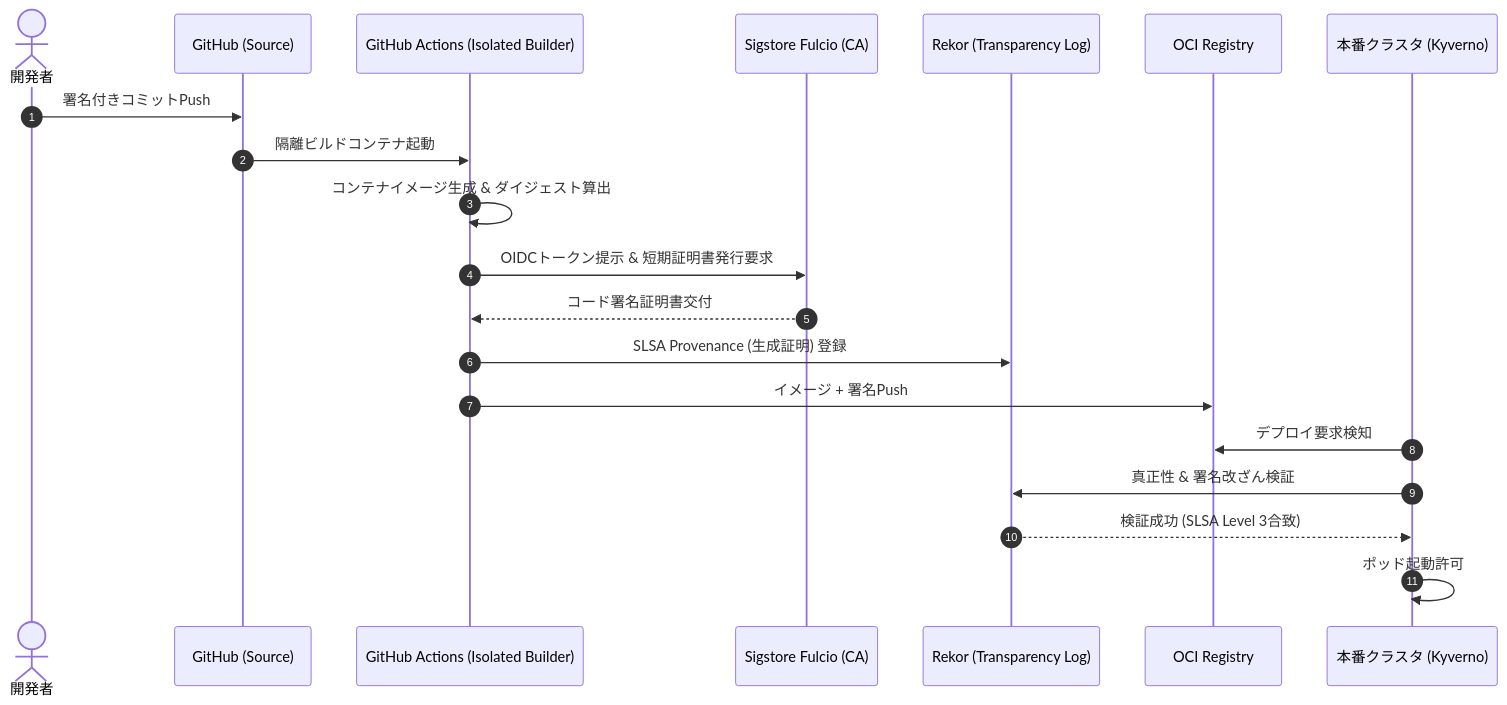
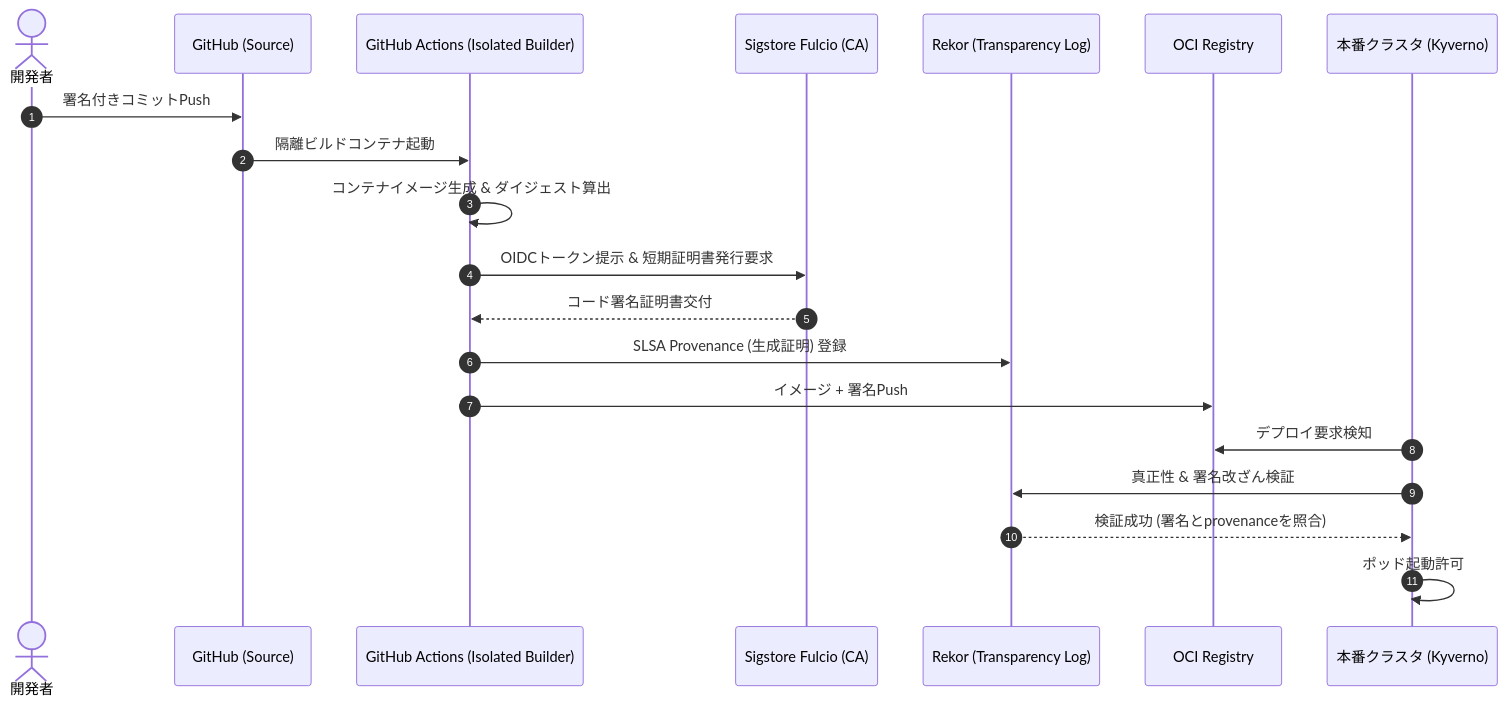
One commit to AnaharaYasuo/product-quality-management-book changed the second of 2 diagrams in manuscript/16_chapter16.md. Above: the diagram before and after it, drawn with Mermaid. The commit also changed other lines of this file and 25 other files, not shown here.

````diff
--- a/manuscript/16_chapter16.md
+++ b/manuscript/16_chapter16.md
@@ -80,23 +80,23 @@
 ```mermaid
 sequenceDiagram
     autonumber
     actor Dev as 開発者
     participant Git as GitHub (Source)
     participant CI as GitHub Actions (Isolated Builder)
     participant Fulcio as Sigstore Fulcio (CA)
     participant Rekor as Rekor (Transparency Log)
     participant Reg as OCI Registry
     participant K8s as 本番クラスタ (Kyverno)
 
     Dev->>Git: 署名付きコミットPush
     Git->>CI: 隔離ビルドコンテナ起動
     CI->>CI: コンテナイメージ生成 & ダイジェスト算出
     CI->>Fulcio: OIDCトークン提示 & 短期証明書発行要求
     Fulcio-->>CI: コード署名証明書交付
     CI->>Rekor: SLSA Provenance (生成証明) 登録
     CI->>Reg: イメージ + 署名Push
     K8s->>Reg: デプロイ要求検知
     K8s->>Rekor: 真正性 & 署名改ざん検証
-    Rekor-->>K8s: 検証成功 (SLSA Level 3合致)
+    Rekor-->>K8s: 検証成功 (署名とprovenanceを照合)
     K8s->>K8s: ポッド起動許可
 ```
````
